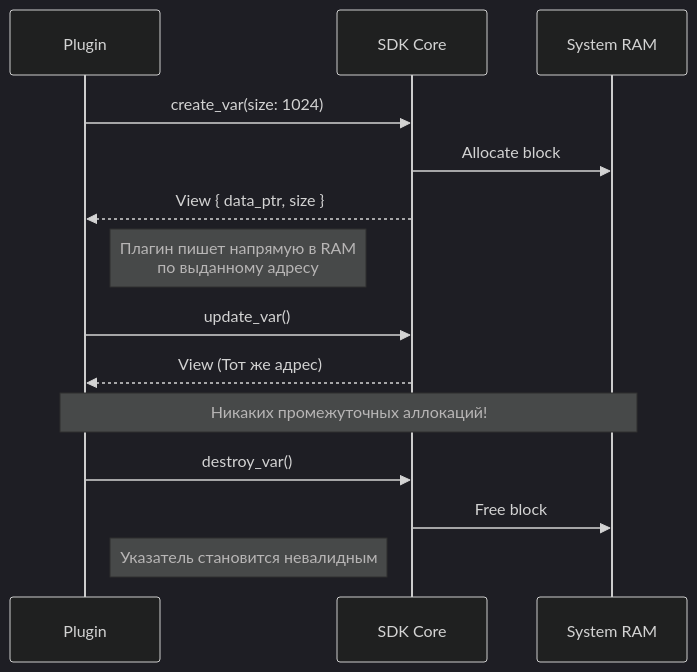
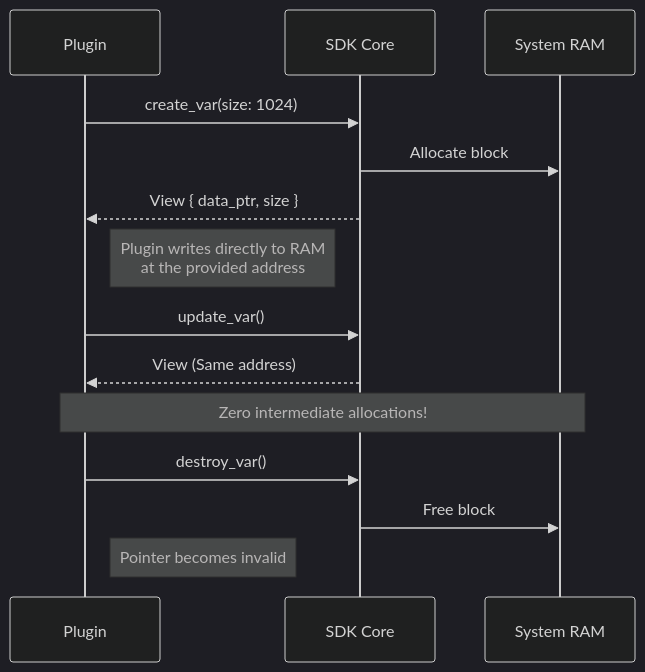
Before and after one commit to btcorporated-a11y/weon-sdk: the second of 4 diagrams in README.md, drawn with Mermaid (dark theme). The commit also changed other lines of this file and 31 other files, not shown here.

First line of the commit message:
refactor: full SDK internationalization and architecture cleanup

````diff
--- a/README.md
+++ b/README.md
@@ -36,20 +45,20 @@
 ```mermaid
 sequenceDiagram
     participant P as Plugin
     participant C as SDK Core
     participant RAM as System RAM
 
     P->>C: create_var(size: 1024)
     C->>RAM: Allocate block
     C-->>P: View { data_ptr, size }
-    Note right of P: Плагин пишет напрямую в RAM <br/> по выданному адресу
+    Note right of P: Plugin writes directly to RAM <br/> at the provided address
     
     P->>C: update_var()
-    C-->>P: View (Тот же адрес)
+    C-->>P: View (Same address)
     
-    Note over P, RAM: Никаких промежуточных аллокаций!
+    Note over P, RAM: Zero intermediate allocations!
     
     P->>C: destroy_var()
     C->>RAM: Free block
-    Note right of P: Указатель становится невалидным
+    Note right of P: Pointer becomes invalid
 ```
````
